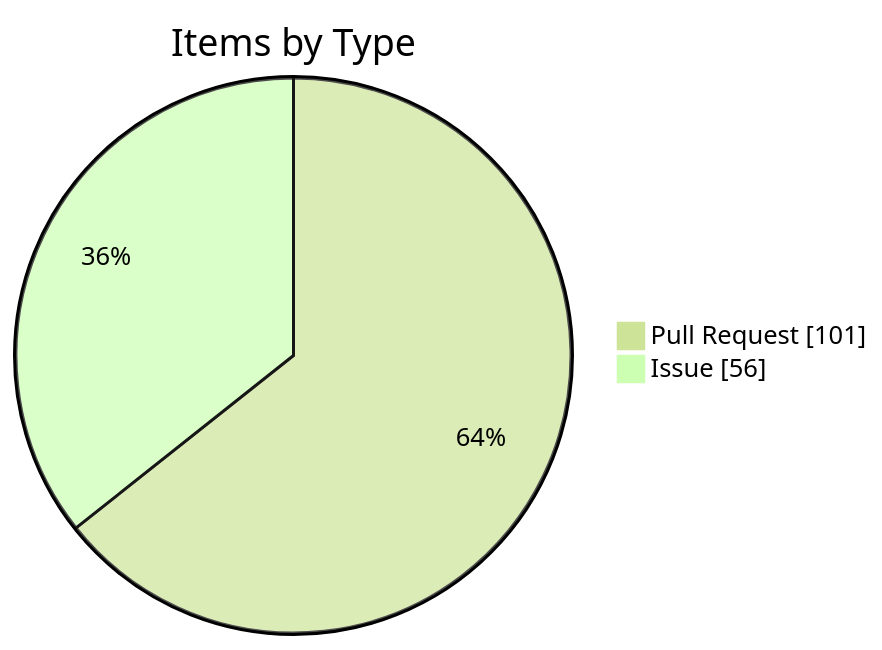
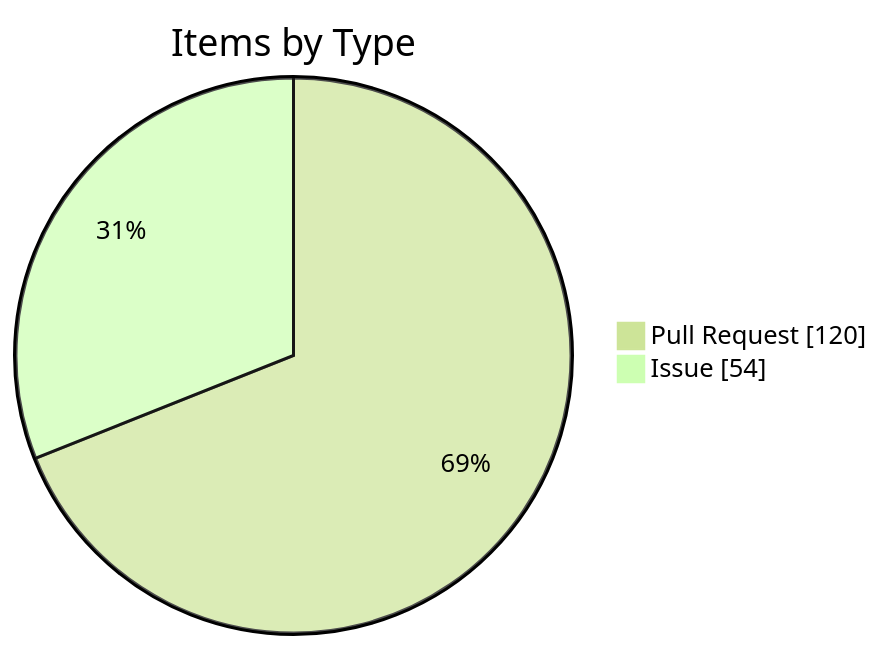
The fourth of 4 diagrams in apps/kbve/astro-kbve/src/content/docs/dashboard/kanban-data.mdx (KBVE/kbve), drawn with Mermaid (forest theme) before and after one commit. The commit also changed other lines of this file and 8 other files, not shown here.

````diff
--- a/apps/kbve/astro-kbve/src/content/docs/dashboard/kanban-data.mdx
+++ b/apps/kbve/astro-kbve/src/content/docs/dashboard/kanban-data.mdx
@@ -116,6 +115,6 @@
 ```mermaid
 pie showData
     title Items by Type
-    "Pull Request" : 101
-    "Issue" : 56
+    "Pull Request" : 120
+    "Issue" : 54
 ```
````
